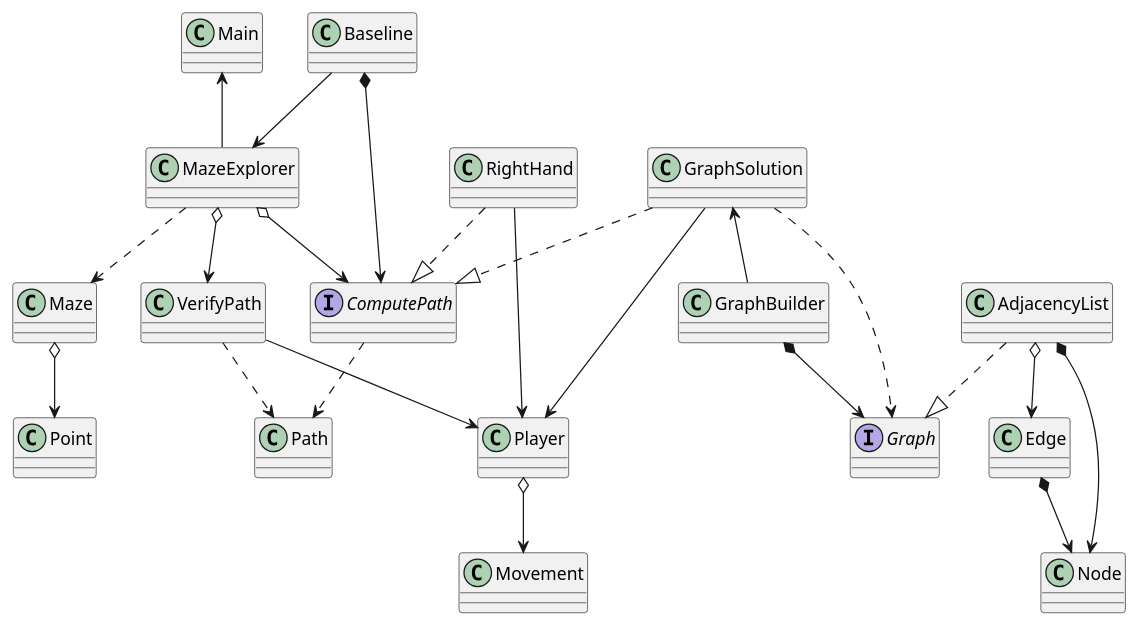
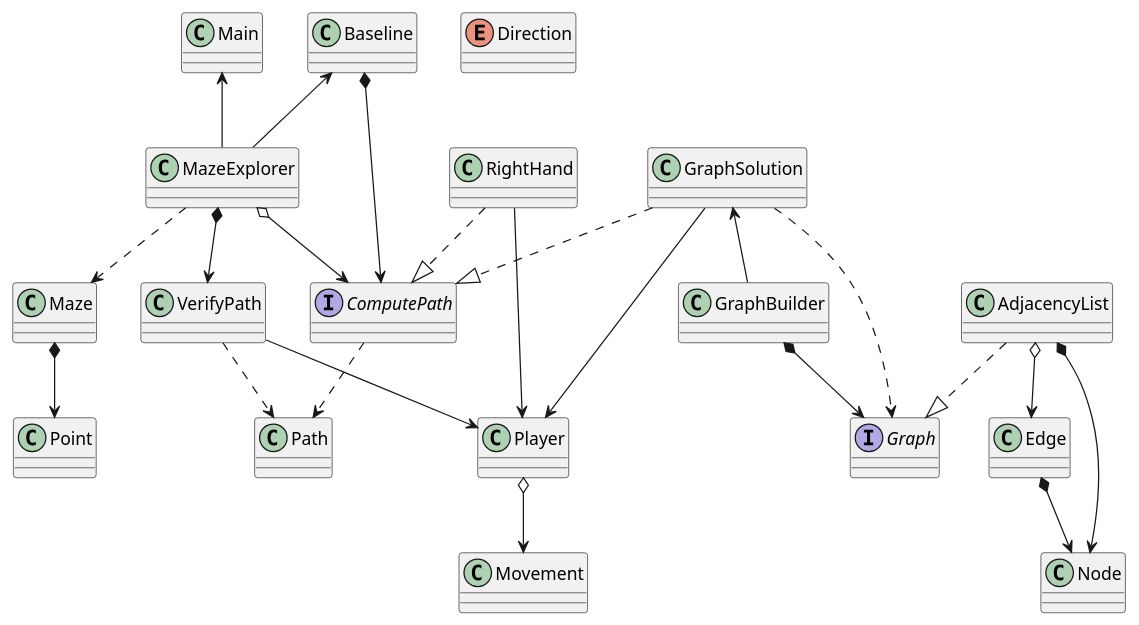
The diagram in uml/MazeClasses.puml (2AA4-W24/a3-maze-runner-take-two-jjustin-k), drawn with PlantUML before and after one commit. The commit also changed 3 other files, not shown here.

```diff
--- a/uml/MazeClasses.puml
+++ b/uml/MazeClasses.puml
@@ -1,46 +1,47 @@
 @startuml
 'https://plantuml.com/class-diagram
 
 class Main
 class MazeExplorer
 class Baseline
 class Point
 class Path
 class Player
 class VerifyPath
 class Maze
 class GraphSolution
 class GraphBuilder
 class Node
 class Edge
 class AdjacencyList
 class Movement
 class RightHand
 interface ComputePath
 interface Graph
+Enum Direction
 
 Main <-- MazeExplorer
 MazeExplorer o--> ComputePath
-Baseline --> MazeExplorer
+Baseline <-- MazeExplorer
 Baseline *--> ComputePath
 MazeExplorer ..> Maze
-MazeExplorer o--> VerifyPath
-Maze o--> Point
+MazeExplorer *--> VerifyPath
+Maze *--> Point
 VerifyPath --> Player
 RightHand --> Player
 ComputePath ..> Path
 VerifyPath ..> Path
 RightHand ..|> ComputePath
 GraphSolution ..|> ComputePath
 Player o--> Movement
 GraphSolution <-- GraphBuilder
 GraphBuilder *--> Graph
 GraphSolution ..> Graph
 GraphSolution --> Player
 AdjacencyList ..|> Graph
 AdjacencyList *--> Node
 Edge *--> Node
 AdjacencyList o--> Edge
 
 
 @enduml
```
